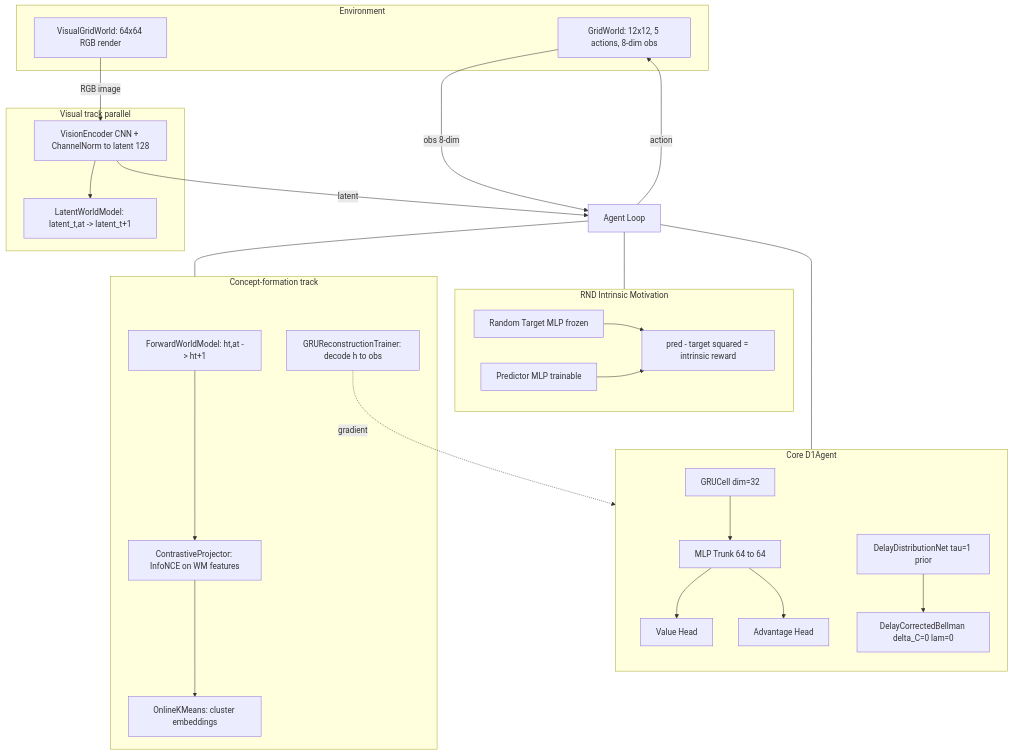
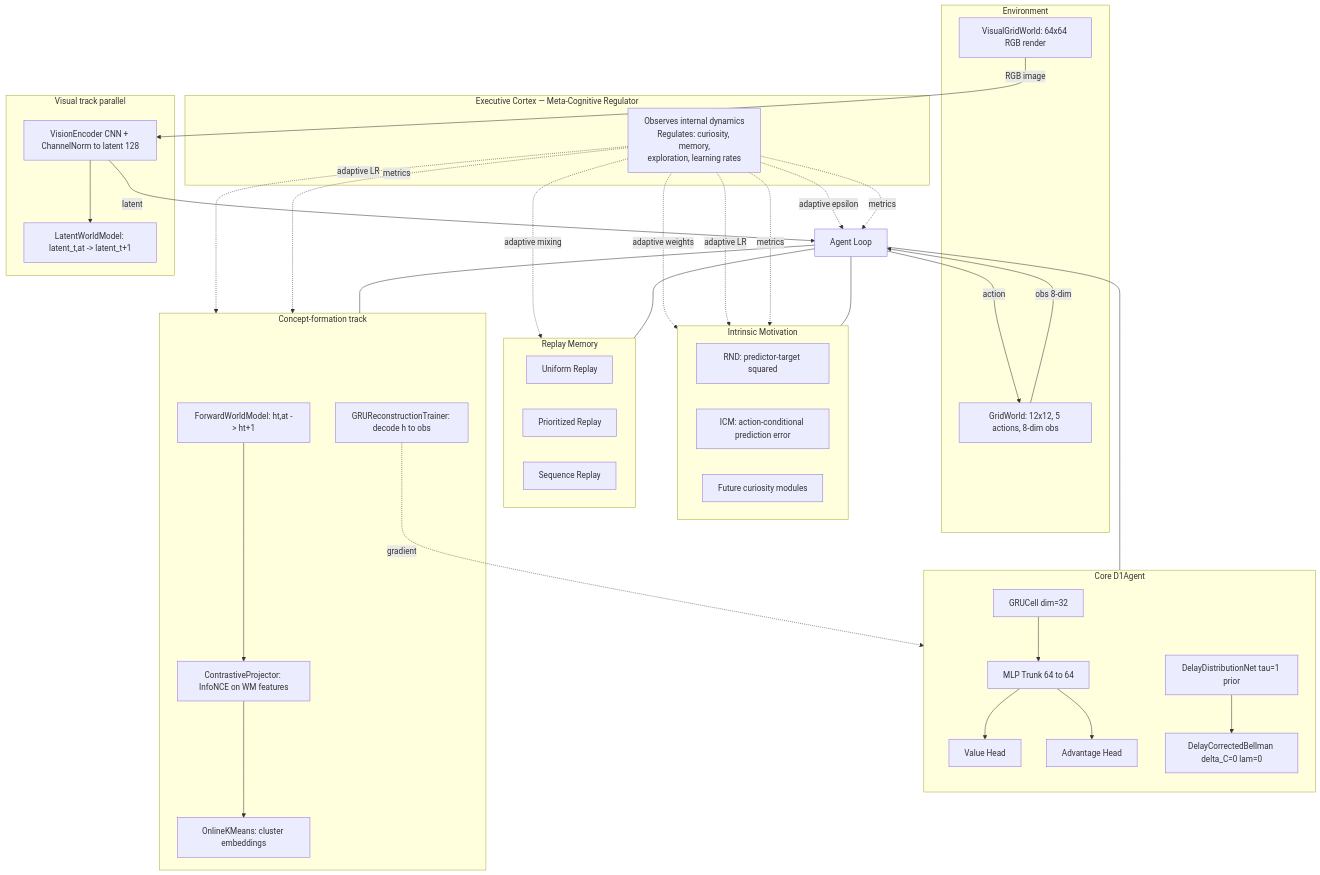
Before and after one commit to sciencebanda09/Genesis: the first of 2 diagrams in README.md, drawn with Mermaid. The commit also changed other lines of this file and 8 other files, not shown here.

First line of the commit message:
Phase 2.5 — Executive Cortex: meta-cognitive regulation layer

````diff
--- a/README.md
+++ b/README.md
@@ -25,51 +25,70 @@
 ```mermaid
 flowchart TB
+    subgraph Executive_Cortex[Executive Cortex — Meta-Cognitive Regulator]
+        EC[Observes internal dynamics\nRegulates: curiosity, memory,\nexploration, learning rates]
+    end
+
     subgraph Environment
         GW[GridWorld: 12x12, 5 actions, 8-dim obs]
         VGW[VisualGridWorld: 64x64 RGB render]
     end
 
     subgraph Agent_Core[Core D1Agent]
         direction TB
         GRU[GRUCell dim=32]
         Trunk[MLP Trunk 64 to 64]
         VH[Value Head]
         AH[Advantage Head]
         DN[DelayDistributionNet tau=1 prior]
         D1[DelayCorrectedBellman delta_C=0 lam=0]
         GRU --> Trunk
         Trunk --> VH & AH
         DN --> D1
     end
 
-    subgraph Curiosity[RND Intrinsic Motivation]
-        RT[Random Target MLP frozen]
-        RP[Predictor MLP trainable]
-        ERR[pred - target squared = intrinsic reward]
-        RT & RP --> ERR
+    subgraph Curiosity[Intrinsic Motivation]
+        RND[RND: predictor-target squared]
+        ICM[ICM: action-conditional prediction error]
+        FUTURE[Future curiosity modules]
+    end
+
+    subgraph Memory[Replay Memory]
+        UNI[Uniform Replay]
+        PRIO[Prioritized Replay]
+        SEQ[Sequence Replay]
     end
 
     subgraph Concept[Concept-formation track]
         WM[ForwardWorldModel: ht,at -> ht+1]
         CP[ContrastiveProjector: InfoNCE on WM features]
         OK[OnlineKMeans: cluster embeddings]
         RA[GRUReconstructionTrainer: decode h to obs]
         WM --> CP --> OK
         RA -.->|gradient| GRU
     end
 
     subgraph Visual[Visual track parallel]
         VE[VisionEncoder CNN + ChannelNorm to latent 128]
         LWM[LatentWorldModel: latent_t,at -> latent_t+1]
         VE --> LWM
     end
 
+    EC -.->|adaptive weights| Curiosity
+    EC -.->|adaptive mixing| Memory
+    EC -.->|adaptive epsilon| AGENT
+    EC -.->|adaptive LR| Curiosity
+    EC -.->|adaptive LR| Concept
+    EC -.->|metrics| AGENT
+    EC -.->|metrics| Curiosity
+    EC -.->|metrics| Concept
+
     GW -->|obs 8-dim| AGENT
     AGENT -->|action| GW
     VGW -->|RGB image| VE
     VE -->|latent| AGENT
 
     AGENT[Agent Loop] --- Agent_Core
     AGENT --- Curiosity
     AGENT --- Concept
+    AGENT --- Memory
 ```
````
